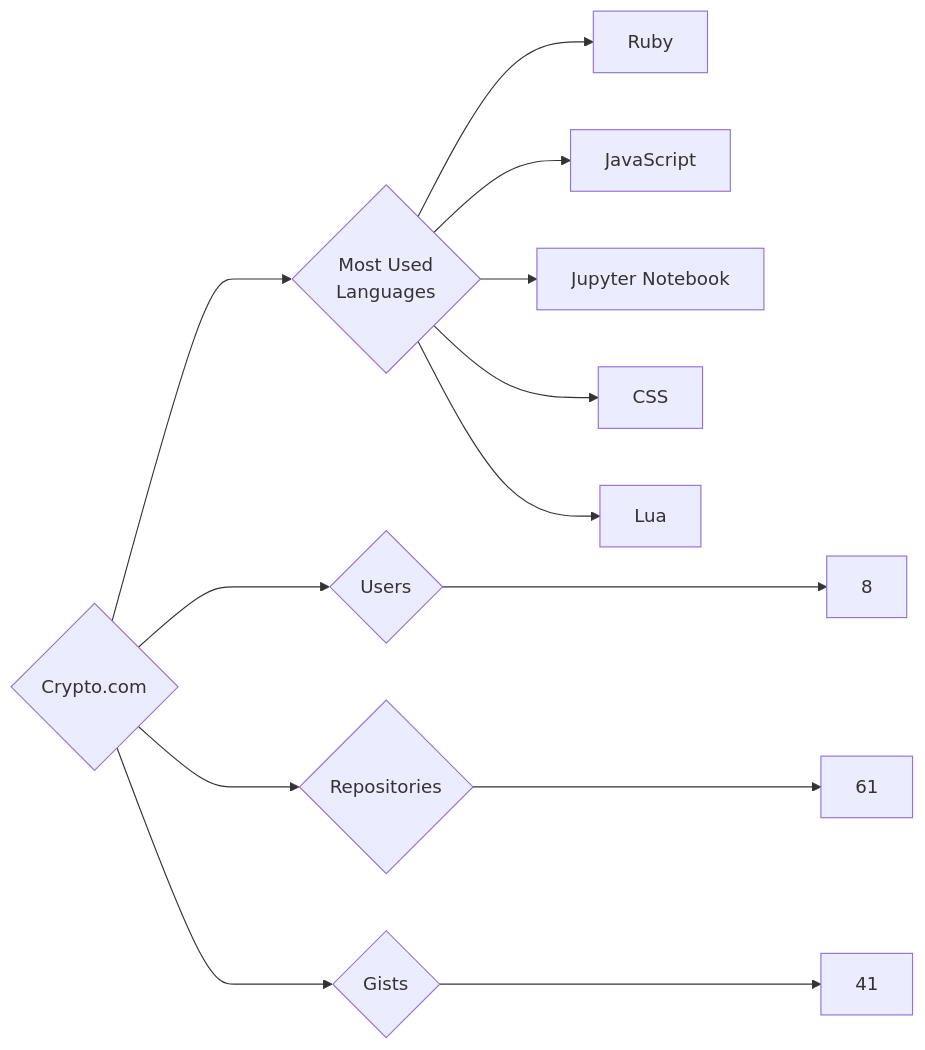
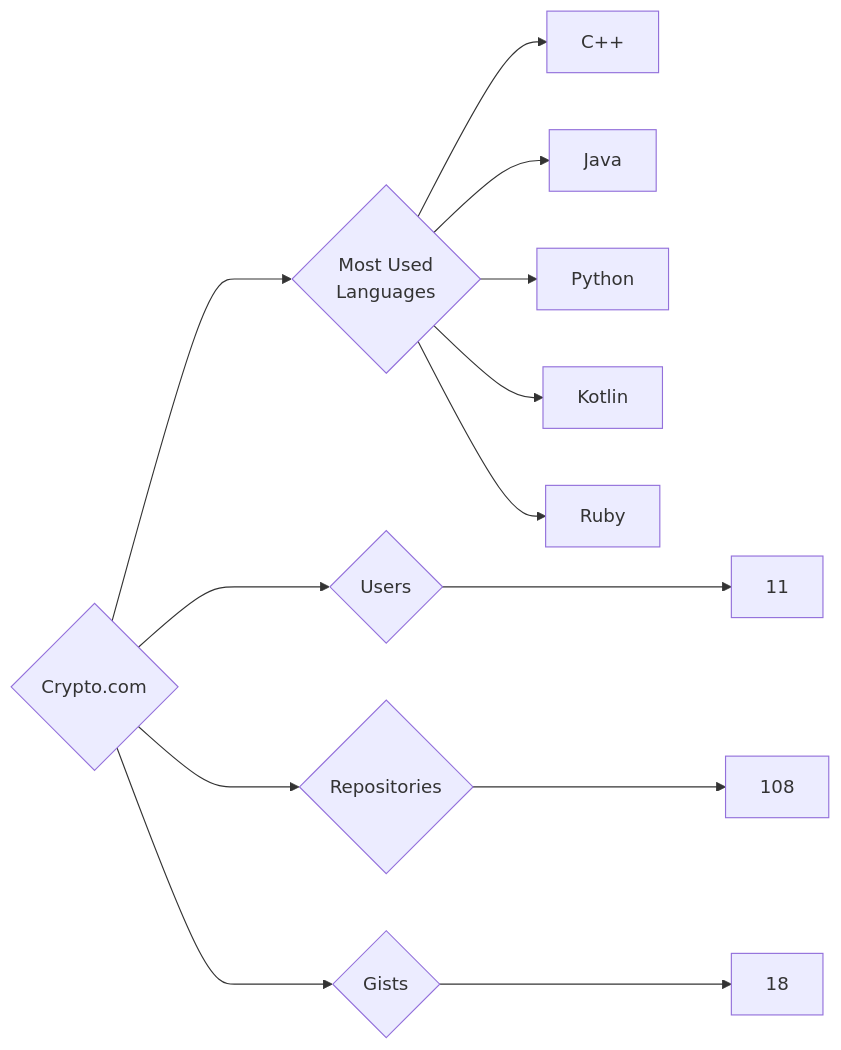
The diagram in targets/Crypto.com/README.md (trickest/insiders), drawn with Mermaid before and after one commit. The commit also changed 927 other files, not shown here.

````diff
--- a/targets/Crypto.com/README.md
+++ b/targets/Crypto.com/README.md
@@ -3,13 +3,13 @@
 ```mermaid
 graph LR
 COMPANY_NAME{Crypto.com}
-COMPANY_NAME ---> U{Users} ---> UN[8]
-COMPANY_NAME ---> R{Repositories} ---> RN[61]
-COMPANY_NAME ---> G{Gists} ---> GN[41]
+COMPANY_NAME ---> U{Users} ---> UN[11]
+COMPANY_NAME ---> R{Repositories} ---> RN[108]
+COMPANY_NAME ---> G{Gists} ---> GN[18]
 COMPANY_NAME ---> ML{Most Used<br>Languages}
+ML --> C++[C++]
+ML --> Java[Java]
+ML --> Python[Python]
+ML --> Kotlin[Kotlin]
 ML --> Ruby[Ruby]
-ML --> JavaScript[JavaScript]
-ML --> Jupyter_Notebook[Jupyter Notebook]
-ML --> CSS[CSS]
-ML --> Lua[Lua]
 ```
````
